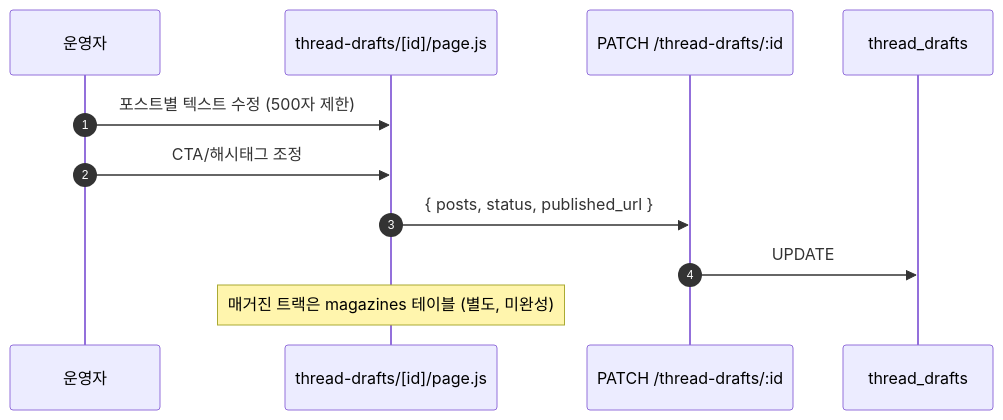
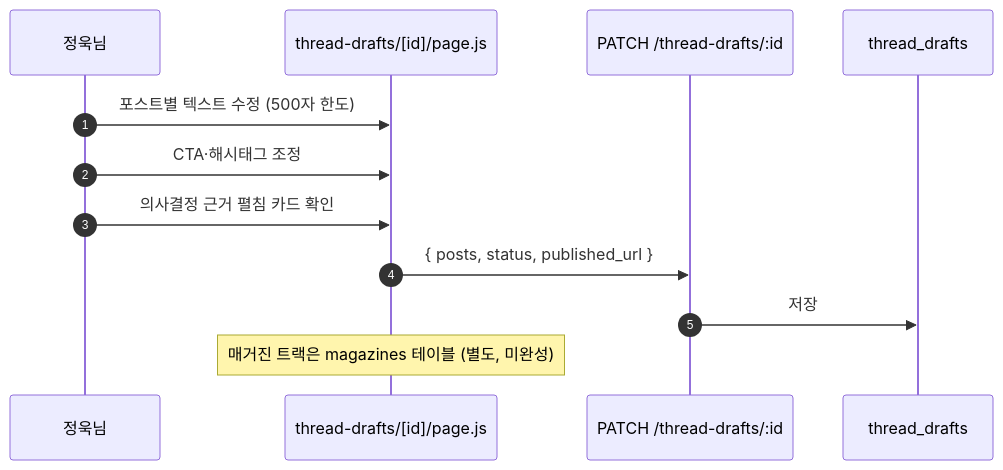
One commit to giveneeds/give-randing changed the eighth of 9 diagrams in docs/content-studio-pipeline-spec.md. Above: the diagram before and after it, drawn with Mermaid. The commit also changed other lines of this file and 15 other files, not shown here.

First line of the commit message:
feat(content-studio): 텔레그램 채택 → 2차 워크플로우 안정화 + 명세·다이어그램 갱신

````diff
--- a/docs/content-studio-pipeline-spec.md
+++ b/docs/content-studio-pipeline-spec.md
@@ -217,14 +451,15 @@
 ```mermaid
 sequenceDiagram
   autonumber
-  participant U as 운영자
+  participant U as 정욱님
   participant UI as thread-drafts/[id]/page.js
   participant API as PATCH /thread-drafts/:id
   participant DB as thread_drafts
 
-  U->>UI: 포스트별 텍스트 수정 (500자 제한)
-  U->>UI: CTA/해시태그 조정
+  U->>UI: 포스트별 텍스트 수정 (500자 한도)
+  U->>UI: CTA·해시태그 조정
+  U->>UI: 의사결정 근거 펼침 카드 확인
   UI->>API: { posts, status, published_url }
-  API->>DB: UPDATE
+  API->>DB: 저장
   Note over UI: 매거진 트랙은 magazines 테이블 (별도, 미완성)
 ```
````
